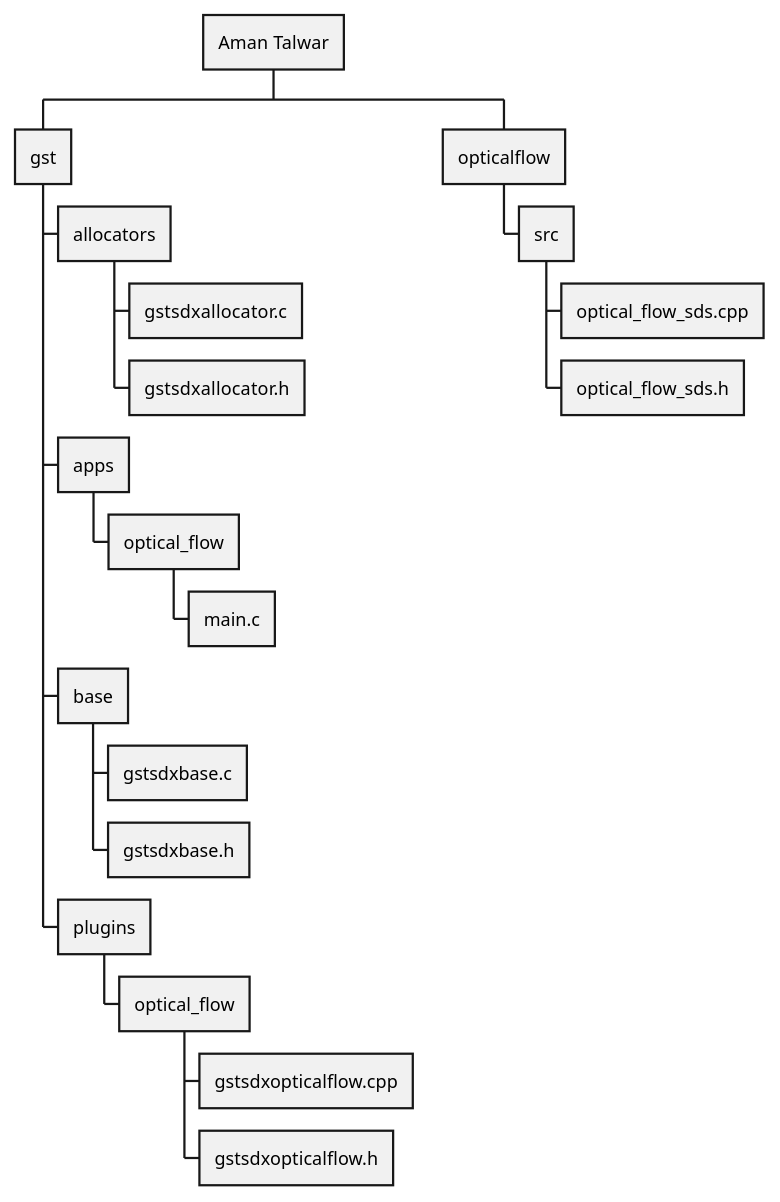
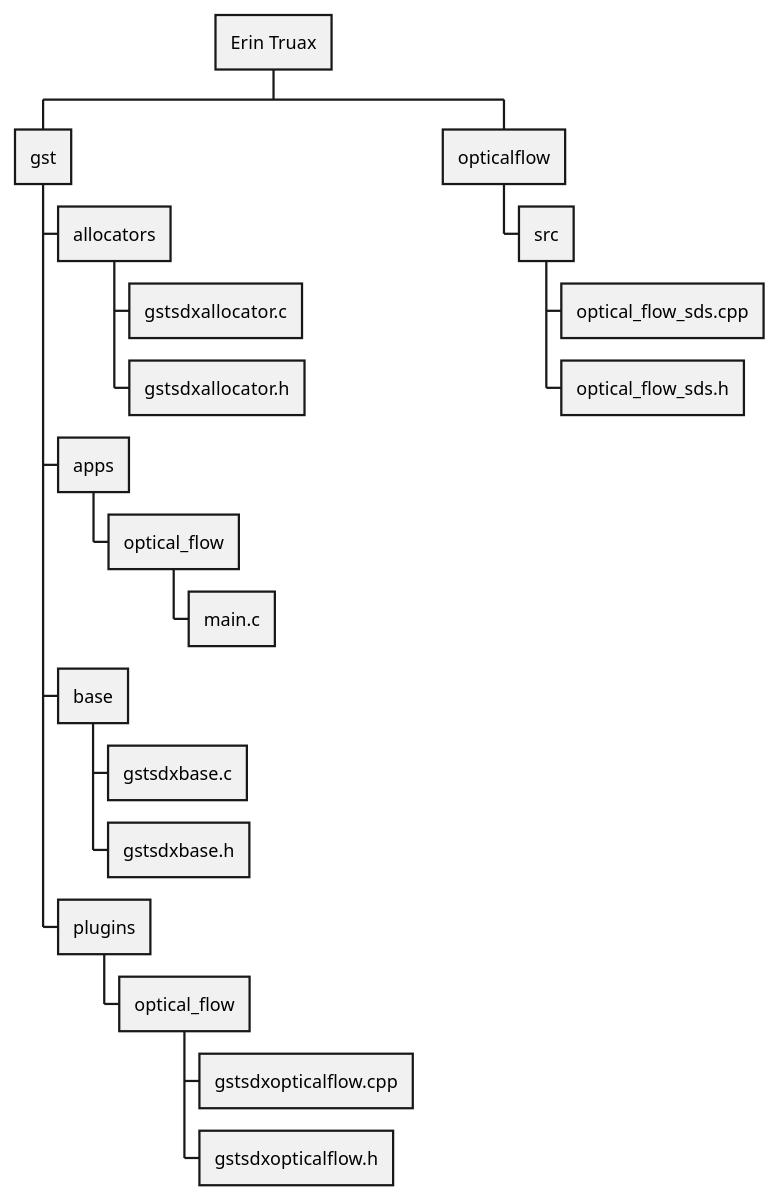
Before and after one commit to nkparmar/hello-world: the diagram in images/esp8266.iuml, drawn with PlantUML.

```diff
--- a/images/esp8266.iuml
+++ b/images/esp8266.iuml
@@ -1,21 +1,21 @@
 @startwbs
-* Aman Talwar
+* Erin Truax
 ** gst
 *** allocators
 **** gstsdxallocator.c
 **** gstsdxallocator.h
 *** apps
 **** optical_flow
 ***** main.c
 *** base
 **** gstsdxbase.c
 **** gstsdxbase.h
 *** plugins
 **** optical_flow
 ***** gstsdxopticalflow.cpp
 ***** gstsdxopticalflow.h
 ** opticalflow
 *** src
 **** optical_flow_sds.cpp
 **** optical_flow_sds.h
 @endwbs
```
